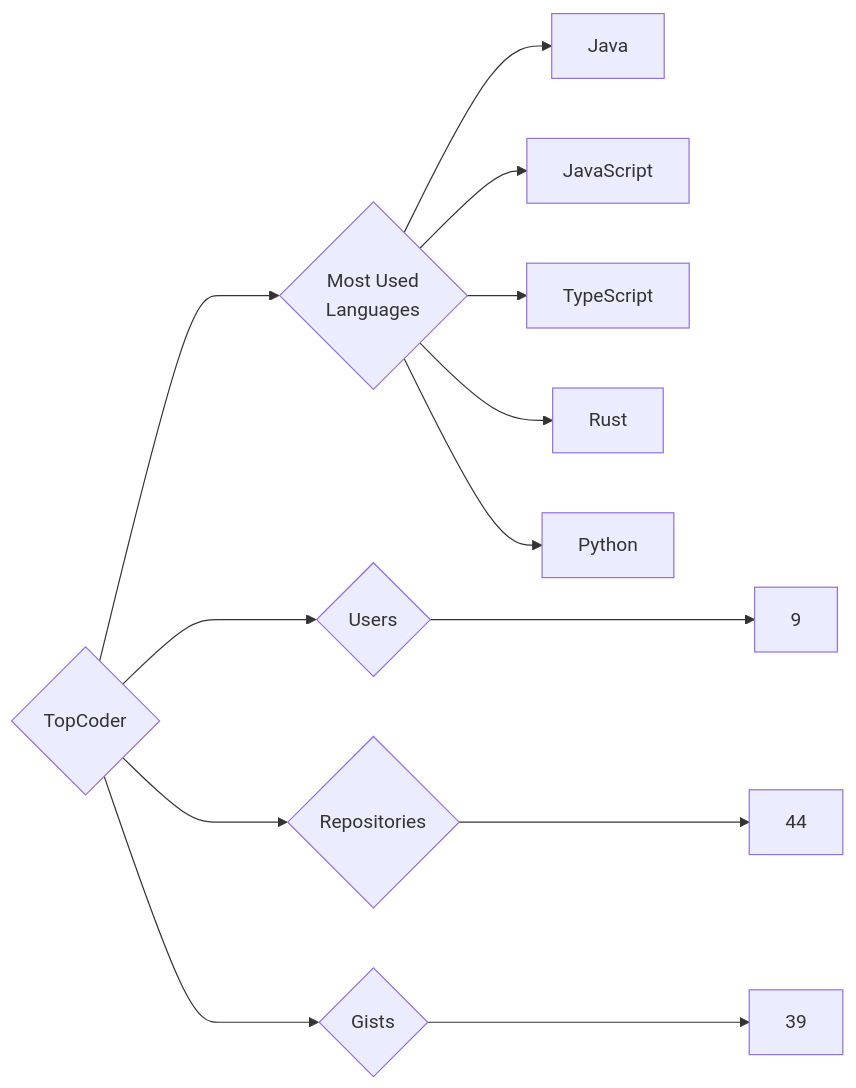
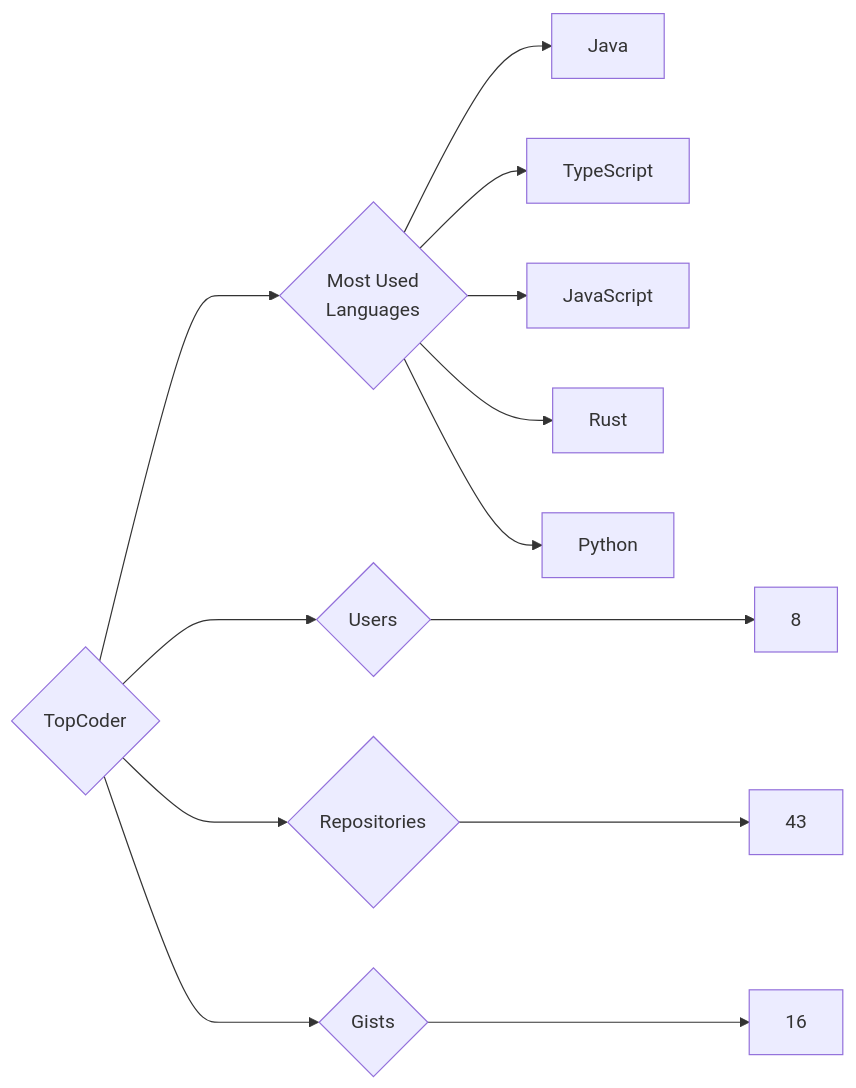
One commit to trickest/insiders changed the diagram in targets/TopCoder/README.md. Above: the diagram before and after it, drawn with Mermaid. The commit also changed 928 other files, not shown here.

````diff
--- a/targets/TopCoder/README.md
+++ b/targets/TopCoder/README.md
@@ -3,13 +3,13 @@
 ```mermaid
 graph LR
 COMPANY_NAME{TopCoder}
-COMPANY_NAME ---> U{Users} ---> UN[9]
-COMPANY_NAME ---> R{Repositories} ---> RN[44]
-COMPANY_NAME ---> G{Gists} ---> GN[39]
+COMPANY_NAME ---> U{Users} ---> UN[8]
+COMPANY_NAME ---> R{Repositories} ---> RN[43]
+COMPANY_NAME ---> G{Gists} ---> GN[16]
 COMPANY_NAME ---> ML{Most Used<br>Languages}
 ML --> Java[Java]
+ML --> TypeScript[TypeScript]
 ML --> JavaScript[JavaScript]
-ML --> TypeScript[TypeScript]
 ML --> Rust[Rust]
 ML --> Python[Python]
 ```
````
